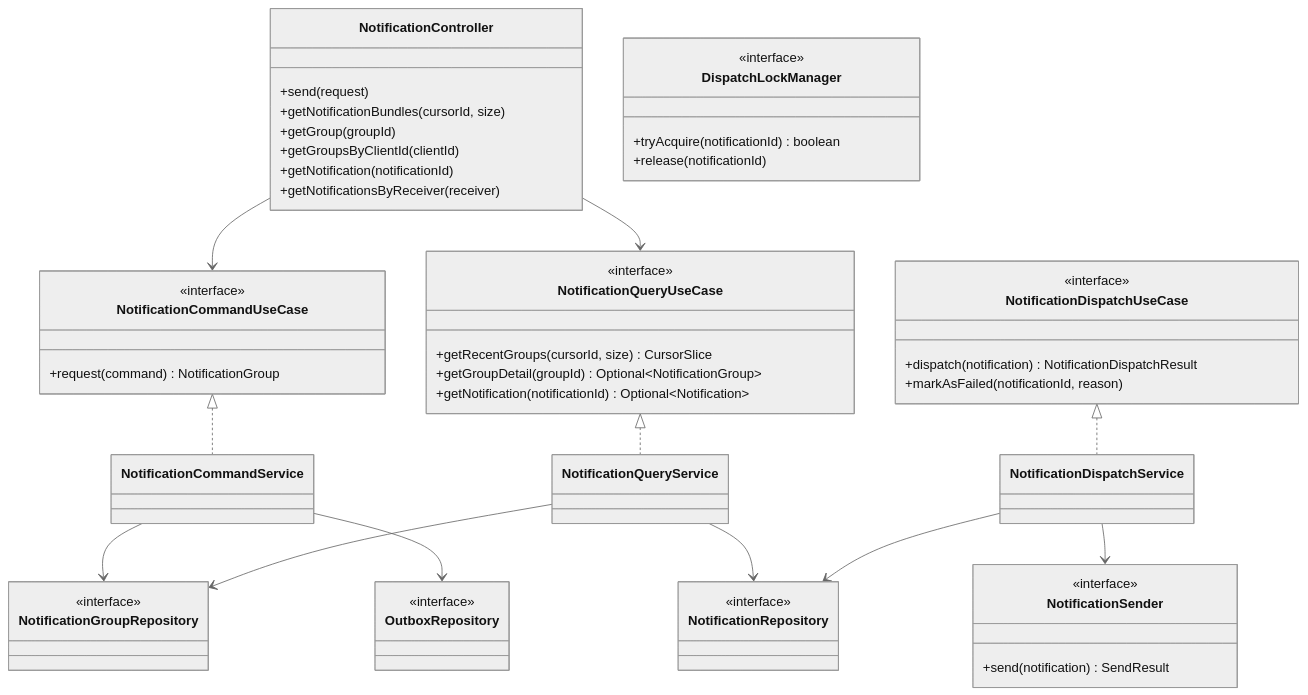
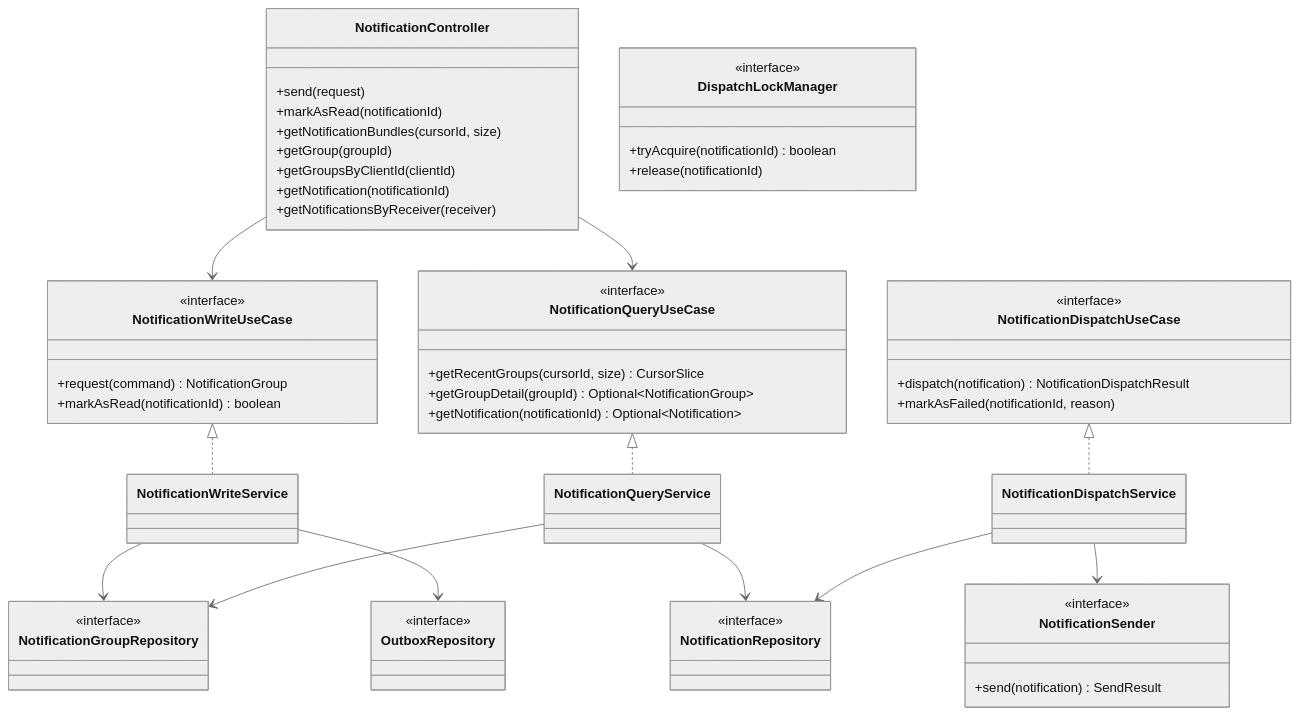
The first of 4 diagrams in docs/03-class-diagrams.md (yht0827/notification-dispatcher), drawn with Mermaid (neutral theme) before and after one commit. The commit also changed other lines of this file and 32 other files, not shown here.

Commit message:
chore: NotificationCommandService 및 관련 테스트 제거, NotificationWriteService로 대체, 조회 로직 개선 및 읽음 상태 반영

````diff
--- a/docs/03-class-diagrams.md
+++ b/docs/03-class-diagrams.md
@@ -17,70 +17,72 @@
 ```mermaid
 classDiagram
     class NotificationController {
       +send(request)
+      +markAsRead(notificationId)
       +getNotificationBundles(cursorId, size)
       +getGroup(groupId)
       +getGroupsByClientId(clientId)
       +getNotification(notificationId)
       +getNotificationsByReceiver(receiver)
     }
 
-    class NotificationCommandUseCase {
+    class NotificationWriteUseCase {
       <<interface>>
       +request(command) NotificationGroup
+      +markAsRead(notificationId) boolean
     }
 
     class NotificationQueryUseCase {
       <<interface>>
       +getRecentGroups(cursorId, size) CursorSlice
       +getGroupDetail(groupId) Optional~NotificationGroup~
       +getNotification(notificationId) Optional~Notification~
     }
 
     class NotificationDispatchUseCase {
       <<interface>>
       +dispatch(notification) NotificationDispatchResult
       +markAsFailed(notificationId, reason)
     }
 
-    class NotificationCommandService
+    class NotificationWriteService
     class NotificationQueryService
     class NotificationDispatchService
 
     class NotificationGroupRepository {
       <<interface>>
     }
 
     class NotificationRepository {
       <<interface>>
     }
 
     class OutboxRepository {
       <<interface>>
     }
 
     class NotificationSender {
       <<interface>>
       +send(notification) SendResult
     }
 
     class DispatchLockManager {
       <<interface>>
       +tryAcquire(notificationId) boolean
       +release(notificationId)
     }
 
-    NotificationController --> NotificationCommandUseCase
+    NotificationController --> NotificationWriteUseCase
     NotificationController --> NotificationQueryUseCase
 
-    NotificationCommandUseCase <|.. NotificationCommandService
+    NotificationWriteUseCase <|.. NotificationWriteService
     NotificationQueryUseCase <|.. NotificationQueryService
     NotificationDispatchUseCase <|.. NotificationDispatchService
 
-    NotificationCommandService --> NotificationGroupRepository
-    NotificationCommandService --> OutboxRepository
+    NotificationWriteService --> NotificationGroupRepository
+    NotificationWriteService --> OutboxRepository
     NotificationQueryService --> NotificationGroupRepository
     NotificationQueryService --> NotificationRepository
     NotificationDispatchService --> NotificationRepository
     NotificationDispatchService --> NotificationSender
 ```
````
